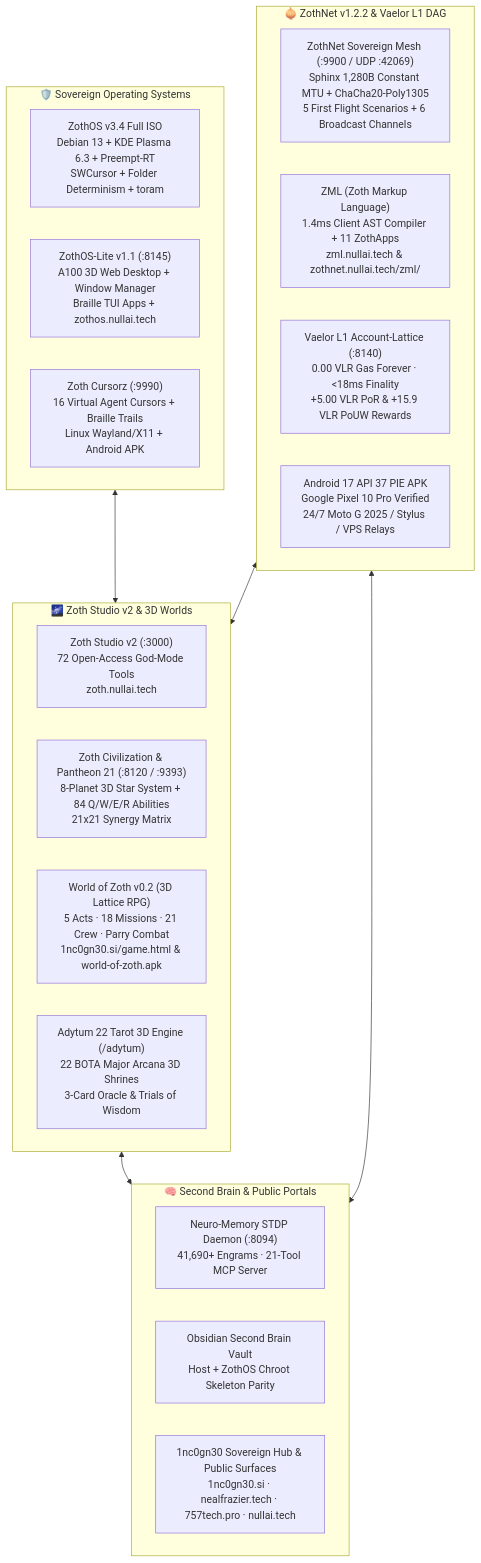
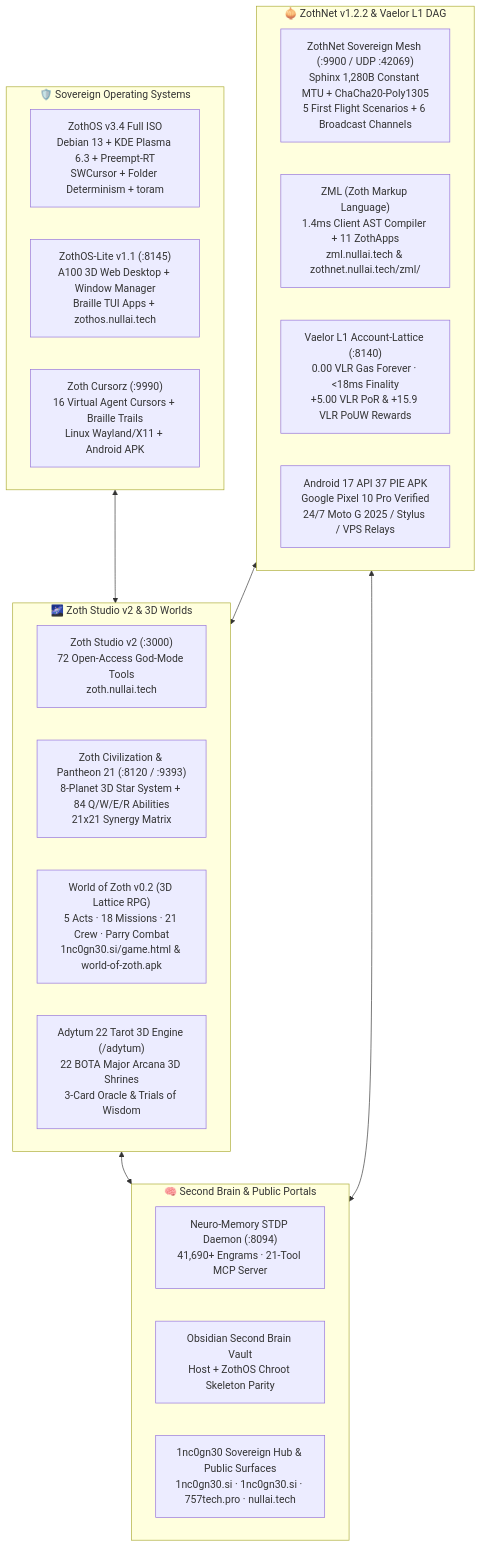
The diagram in config/includes.chroot/etc/skel/Documents/Obsidian Vault/00 Home.md (1nc0gn30/zoth-os), drawn with Mermaid before and after one commit. The commit also changed other lines of this file and 156 other files, not shown here.

````diff
--- a/config/includes.chroot/etc/skel/Documents/Obsidian Vault/00 Home.md
+++ b/config/includes.chroot/etc/skel/Documents/Obsidian Vault/00 Home.md
@@ -45,33 +45,33 @@
 ```mermaid
 flowchart TD
     subgraph CoreOS["🛡️ Sovereign Operating Systems"]
         ZOS["ZothOS v3.4 Full ISO<br/>Debian 13 + KDE Plasma 6.3 + Preempt-RT<br/>SWCursor + Folder Determinism + toram"]
         ZLITE["ZothOS-Lite v1.1 (:8145)<br/>A100 3D Web Desktop + Window Manager<br/>Braille TUI Apps + zothos.nullai.tech"]
         CURSORZ["Zoth Cursorz (:9990)<br/>16 Virtual Agent Cursors + Braille Trails<br/>Linux Wayland/X11 + Android APK"]
     end
 
     subgraph MeshL1["🧅 ZothNet v1.2.2 & Vaelor L1 DAG"]
         ZNET["ZothNet Sovereign Mesh (:9900 / UDP :42069)<br/>Sphinx 1,280B Constant MTU + ChaCha20-Poly1305<br/>5 First Flight Scenarios + 6 Broadcast Channels"]
         ZML["ZML (Zoth Markup Language)<br/>1.4ms Client AST Compiler + 11 ZothApps<br/>zml.nullai.tech & zothnet.nullai.tech/zml/"]
         VLR["Vaelor L1 Account-Lattice (:8140)<br/>0.00 VLR Gas Forever · <18ms Finality<br/>+5.00 VLR PoR & +15.9 VLR PoUW Rewards"]
         APK_MESH["Android 17 API 37 PIE APK<br/>Google Pixel 10 Pro Verified<br/>24/7 Moto G 2025 / Stylus / VPS Relays"]
     end
 
     subgraph StudioWorld["🌌 Zoth Studio v2 & 3D Worlds"]
         ZSTUDIO["Zoth Studio v2 (:3000)<br/>72 Open-Access God-Mode Tools<br/>zoth.nullai.tech"]
         PANTHEON["Zoth Civilization & Pantheon 21 (:8120 / :9393)<br/>8-Planet 3D Star System + 84 Q/W/E/R Abilities<br/>21x21 Synergy Matrix"]
         WOZ["World of Zoth v0.2 (3D Lattice RPG)<br/>5 Acts · 18 Missions · 21 Crew · Parry Combat<br/>1nc0gn30.si/game.html & world-of-zoth.apk"]
         ADYTUM["Adytum 22 Tarot 3D Engine (/adytum)<br/>22 BOTA Major Arcana 3D Shrines<br/>3-Card Oracle & Trials of Wisdom"]
     end
 
     subgraph MemoryHub["🧠 Second Brain & Public Portals"]
         NEURO["Neuro-Memory STDP Daemon (:8094)<br/>41,690+ Engrams · 21-Tool MCP Server"]
         VAULT["Obsidian Second Brain Vault<br/>Host + ZothOS Chroot Skeleton Parity"]
-        HUB["1nc0gn30 Sovereign Hub & Public Surfaces<br/>1nc0gn30.si · nealfrazier.tech · 757tech.pro · nullai.tech"]
+        HUB["1nc0gn30 Sovereign Hub & Public Surfaces<br/>1nc0gn30.si · 1nc0gn30.si · 757tech.pro · nullai.tech"]
     end
 
     CoreOS <--> StudioWorld
     MeshL1 <--> StudioWorld
     StudioWorld <--> MemoryHub
     MeshL1 <--> MemoryHub
 ```
````
